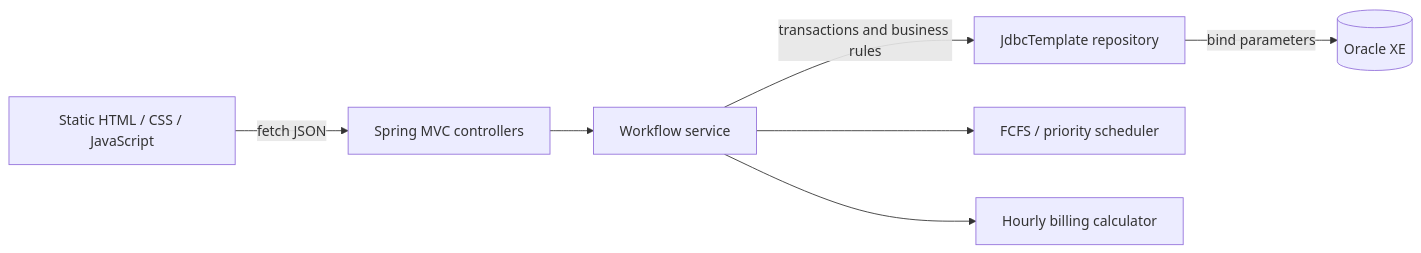
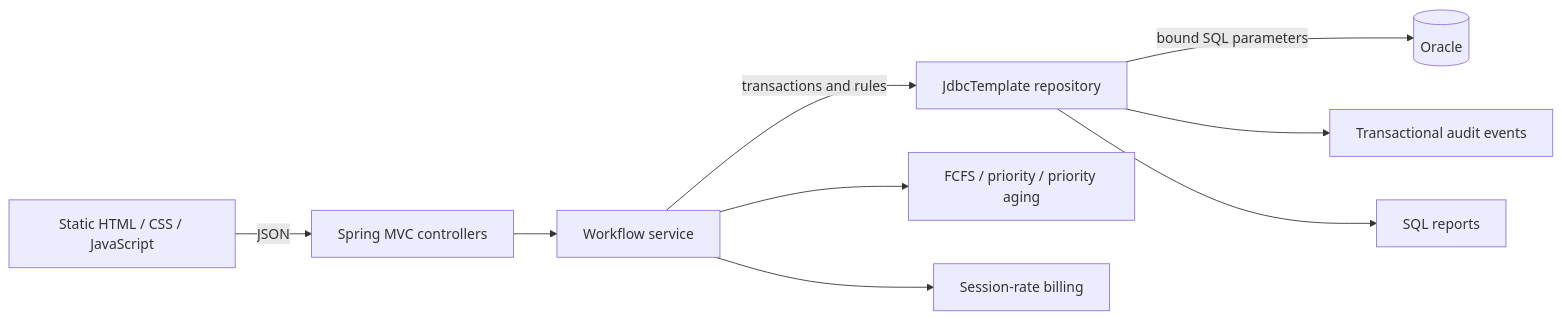
Before and after one commit to Shreyansh0128/Smart-Parking-System: the diagram in README.md, drawn with Mermaid. The commit also changed other lines of this file and 14 other files, not shown here.

````diff
--- a/README.md
+++ b/README.md
@@ -121,9 +9,11 @@
 ```mermaid
 flowchart LR
-    UI[Static HTML / CSS / JavaScript] -->|fetch JSON| C[Spring MVC controllers]
+    UI[Static HTML / CSS / JavaScript] -->|JSON| C[Spring MVC controllers]
     C --> S[Workflow service]
-    S -->|transactions and business rules| R[JdbcTemplate repository]
-    R -->|bind parameters| O[(Oracle XE)]
-    S --> SCH[FCFS / priority scheduler]
-    S --> BILL[Hourly billing calculator]
+    S -->|transactions and rules| R[JdbcTemplate repository]
+    R -->|bound SQL parameters| O[(Oracle)]
+    S --> SCH[FCFS / priority / priority aging]
+    S --> BILL[Session-rate billing]
+    R --> AUD[Transactional audit events]
+    R --> REP[SQL reports]
 ```
````
